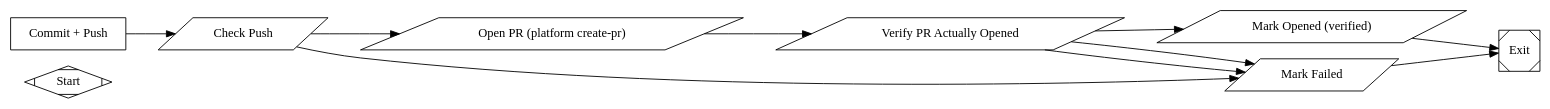
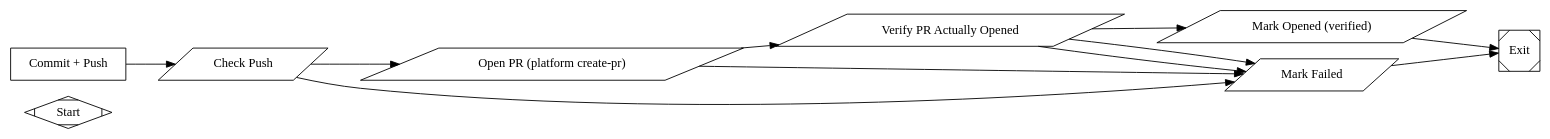
Before and after one commit to kenotron-ms/attractor-pipelines: the diagram in pipelines/resolve_hello_world/subgraphs/deliver_pr_resolve.dot, drawn with Graphviz. The commit also changed 2 other files, not shown here.

First paragraph of the commit message:
fix(pipelines): make resolve_hello_world deterministic with goal_gate tool nodes (#7)
* fix(pipelines): make resolve_hello_world deterministic with goal_gate tool nodes

```diff
--- a/pipelines/resolve_hello_world/subgraphs/deliver_pr_resolve.dot
+++ b/pipelines/resolve_hello_world/subgraphs/deliver_pr_resolve.dot
@@ -1,77 +1,119 @@
 // deliver_pr_resolve.dot
 //
 // Resolve-platform-flavored sibling of pipelines/hello_world/subgraphs/deliver_pr.dot.
 // Same shape (commit/push -> open PR -> independently verify), but swaps the
 // portable gh/curl delivery mechanism for the Amplifier Resolve platform's
 // provider-agnostic /usr/local/bin/create-pr script -- this subgraph is
 // Resolve-worker-container-specific by design (see resolve_hello_world.dot's
 // header comment for why).
 //
 // Required context variables: $repo (owner/name to open the PR against)
 // Context outputs: delivery.pr_url, delivery.result ("opened"|"failed")
 
 digraph deliver_pr_resolve {
   graph [rankdir=LR, default_max_retry=2, default_fidelity="summary:high"];
 
   Start [shape=Mdiamond, label="Start"];
   Exit  [shape=Msquare,  label="Exit"];
 
+  // `goal_gate=true` removed -- this was the same misapplied pattern as
+  // resolve_hello_world.dot's original WriteHelloWorld bug: an LLM node
+  // whose only "verdict" was prose ("Print the single line: pushed"), which
+  // the engine's fail-closed goal-gate contract (engine-semantics.md Sec5)
+  // never accepts -- it returns RETRY regardless of what the prose says,
+  // and this node's plain unconditional edge to CheckPush cannot carry a
+  // RETRY/FAIL outcome once retries exhaust (Sec2 #2), producing the same
+  // no_matching_edge failure.
+  //
+  // Per DOT-AUTHORING-GUIDE.md's own doctrine: "goal_gate belongs on
+  // evidence-bearing nodes, not implementation nodes... Attaching it to an
+  // implementation node makes 'the implementer finished' the exit
+  // criterion." CheckPush (below) is the real evidence-bearing gate --
+  // CommitPush is correctly left as an ordinary (non-goal_gate) box node,
+  // which gets SUCCESS on prose completion by design (Sec5).
   CommitPush [
-    shape=box, goal_gate=true, fidelity="full",
+    shape=box, fidelity="full",
     label="Commit + Push",
-    prompt="Stage all changes, write a conventional commit message summarizing the work, commit, and push the current branch to origin (the Gitea mirror -- already the platform's `origin` remote by the time this pipeline runs). After pushing, run: git rev-parse --abbrev-ref HEAD > .resolve/delivery/push_status.txt && echo pushed >> .resolve/delivery/push_status.txt. Print the single line: pushed"
+    prompt="Stage all changes, write a conventional commit message summarizing the work, commit, and push the current branch to origin (the Gitea mirror -- already the platform's `origin` remote by the time this pipeline runs). After pushing, run: git rev-parse --abbrev-ref HEAD > .resolve/delivery/push_status.txt && echo pushed >> .resolve/delivery/push_status.txt."
   ];
 
   CommitPush -> CheckPush;
 
   CheckPush [
     shape=parallelogram, label="Check Push",
     tool_command="#!/bin/sh\nset -e\nif [ -f .resolve/delivery/push_status.txt ] && tail -1 .resolve/delivery/push_status.txt | grep -q pushed; then\n  printf 'pushed'\nelse\n  printf 'push_failed'\nfi"
   ];
 
   // Deterministic delivery via the platform's own tooling -- no LLM node
   // needed here at all, unlike deliver_pr.dot's OpenPR (which needs an LLM
   // to construct a PR body/pick a title). create-pr already resolves
   // GitHub-vs-Gitea destination and auth (App-token-first, PAT-fallback)
   // from container env, so this is a plain deterministic tool_command.
   OpenPRResolve [
     shape=parallelogram, label="Open PR (platform create-pr)",
     tool_command="#!/bin/sh\nset -e\nbranch=$(git rev-parse --abbrev-ref HEAD)\nurl=$(/usr/local/bin/create-pr --title 'resolve_hello_world: add hello_world.txt' --body 'Opened by the resolve_hello_world pipeline (write -> commit -> push -> create-pr), via the Amplifier Resolve platform create-pr script.' --head \"$branch\" --base main)\nmkdir -p .resolve/delivery\nprintf '%s' \"$url\" > .resolve/delivery/pr_url.txt\nprintf '{\\\"delivery.pr_url\\\": \\\"%s\\\"}' \"$url\"",
     parse_json="true"
   ];
 
-  OpenPRResolve -> CheckPROpened [condition="context.tool.last_line=pushed", weight="2"];
   CheckPush -> OpenPRResolve [condition="context.tool.last_line=pushed", weight="2"];
   CheckPush -> Failed        [condition="context.tool.last_line=push_failed"];
+
+  // Fixed: the prior edge here was `condition="context.tool.last_line=pushed"`
+  // -- checking the STALE token left over from CheckPush, not anything about
+  // OpenPRResolve's own result. Confirmed via the actual tool handler source
+  // (handlers/tool.py): a successful tool node ALWAYS overwrites
+  // context.tool.last_line to its own last stdout line -- here, the JSON
+  // blob OpenPRResolve prints for parse_json, never the literal string
+  // "pushed". That made this edge dead on every real successful run.
+  //
+  // Fix: a plain (unconditional) edge is the correct gate here -- FAIL is
+  // fail-fast and does not traverse plain edges (engine-semantics.md Sec2
+  // #2), so OpenPRResolve's own exit code is already an implicit
+  // outcome=success gate (dot-reference.md's documented pattern). The
+  // explicit `outcome=fail` edge below (matching this file's own existing
+  // CheckPROpened -> Failed safety-net convention) closes the failure path
+  // that previously had no route at all.
+  OpenPRResolve -> CheckPROpened;
+  OpenPRResolve -> Failed       [condition="outcome=fail"];
 
   // Independent verification that create-pr's claimed side effect (a real
   // PR) actually happened -- mirrors deliver_pr.dot's CheckPROpened
   // rationale: a tool_command emitting a URL string is not itself proof a
   // PR exists. Uses gh/curl against $repo (the real destination create-pr
   // resolved to) as the independent check, same as deliver_pr.dot.
+  //
+  // Fixed: `$delivery_pr_url` (underscore) matched no real context key --
+  // OpenPRResolve's parse_json sets the literal dotted key "delivery.pr_url"
+  // (confirmed via handlers/tool.py: context.set(key, value) uses the raw
+  // JSON key as-is). The engine's substitution pass (engine-semantics.md
+  // Sec4: "$key and ${key} resolve, including dotted keys") left the
+  // unmatched `$delivery_pr_url` token as literal text, so the shell saw an
+  // always-unset variable, `num` was always empty, and this gate always
+  // printed 'not_verified' -- even when the PR was created successfully.
+  // Corrected to `$delivery.pr_url`, matching the actual key.
   CheckPROpened [
     shape=parallelogram, label="Verify PR Actually Opened",
-    tool_command="#!/bin/sh\nnum=$(printf '%s' \"$delivery_pr_url\" | grep -oE '[0-9]+$' 2>/dev/null || true)\nif [ -n \"$num\" ] && gh pr view \"$num\" --repo \"$repo\" --json state >/dev/null 2>&1; then\n  printf 'verified'\nelif [ -n \"$num\" ] && curl -sf -H \"Authorization: token ${GH_TOKEN}\" \"https://api.github.com/repos/$repo/pulls/$num\" >/dev/null 2>&1; then\n  printf 'verified'\nelse\n  printf 'not_verified'\nfi"
+    tool_command="#!/bin/sh\nnum=$(printf '%s' \"$delivery.pr_url\" | grep -oE '[0-9]+$' 2>/dev/null || true)\nif [ -n \"$num\" ] && gh pr view \"$num\" --repo \"$repo\" --json state >/dev/null 2>&1; then\n  printf 'verified'\nelif [ -n \"$num\" ] && curl -sf -H \"Authorization: token ${GH_TOKEN}\" \"https://api.github.com/repos/$repo/pulls/$num\" >/dev/null 2>&1; then\n  printf 'verified'\nelse\n  printf 'not_verified'\nfi"
   ];
 
   CheckPROpened -> MarkOpened     [condition="context.tool.last_line=verified", weight="2"];
   CheckPROpened -> Failed         [condition="context.tool.last_line=not_verified"];
   CheckPROpened -> Failed         [condition="outcome=fail"];  // safety net: tool_command crashed entirely
 
   // Only set delivery.result="opened" once CheckPROpened has independently
   // confirmed the PR is real -- mirrors deliver_pr.dot's own rule: this is
   // the only place in the subgraph allowed to claim success.
   MarkOpened [
     shape=parallelogram, label="Mark Opened (verified)",
     tool_command="printf '{\\\"delivery.result\\\": \\\"opened\\\"}'",
     parse_json="true"
   ];
   MarkOpened -> Exit;
 
   Failed [
     shape=parallelogram, label="Mark Failed",
     tool_command="printf '{\\\"delivery.result\\\": \\\"failed\\\"}'",
     parse_json="true"
   ];
   Failed -> Exit;
 }
```
